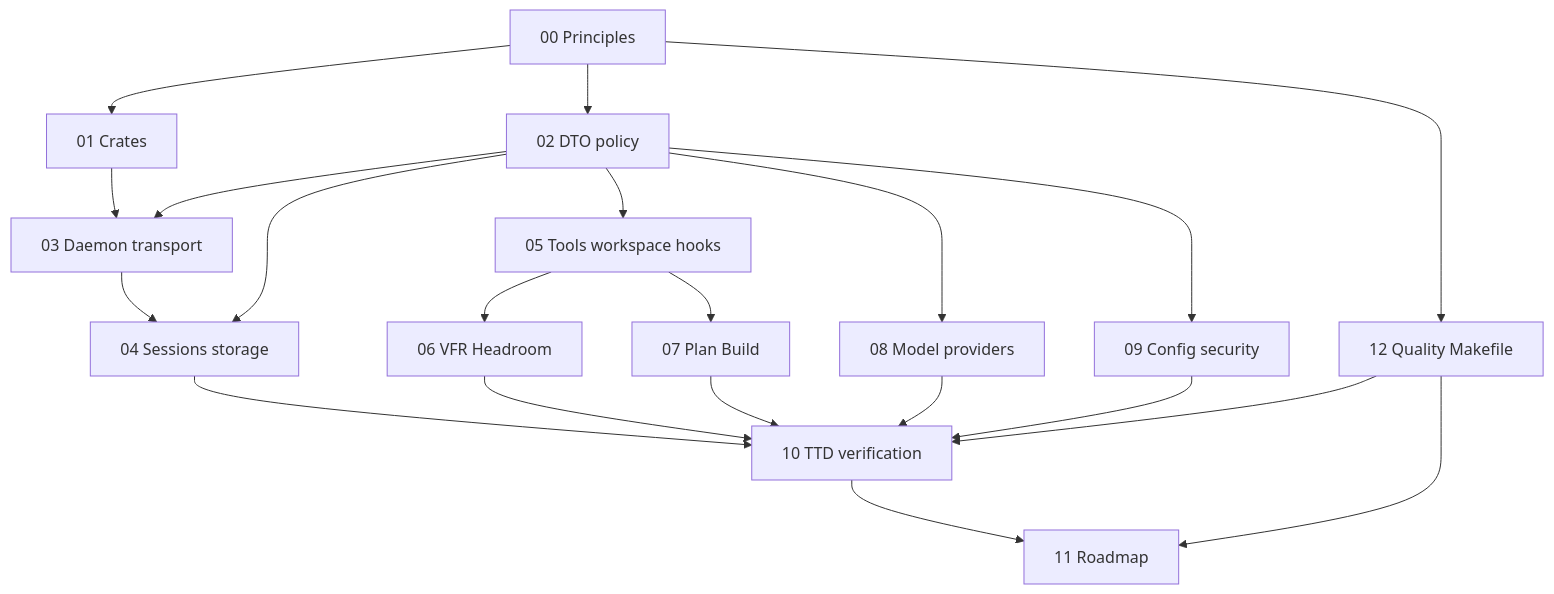
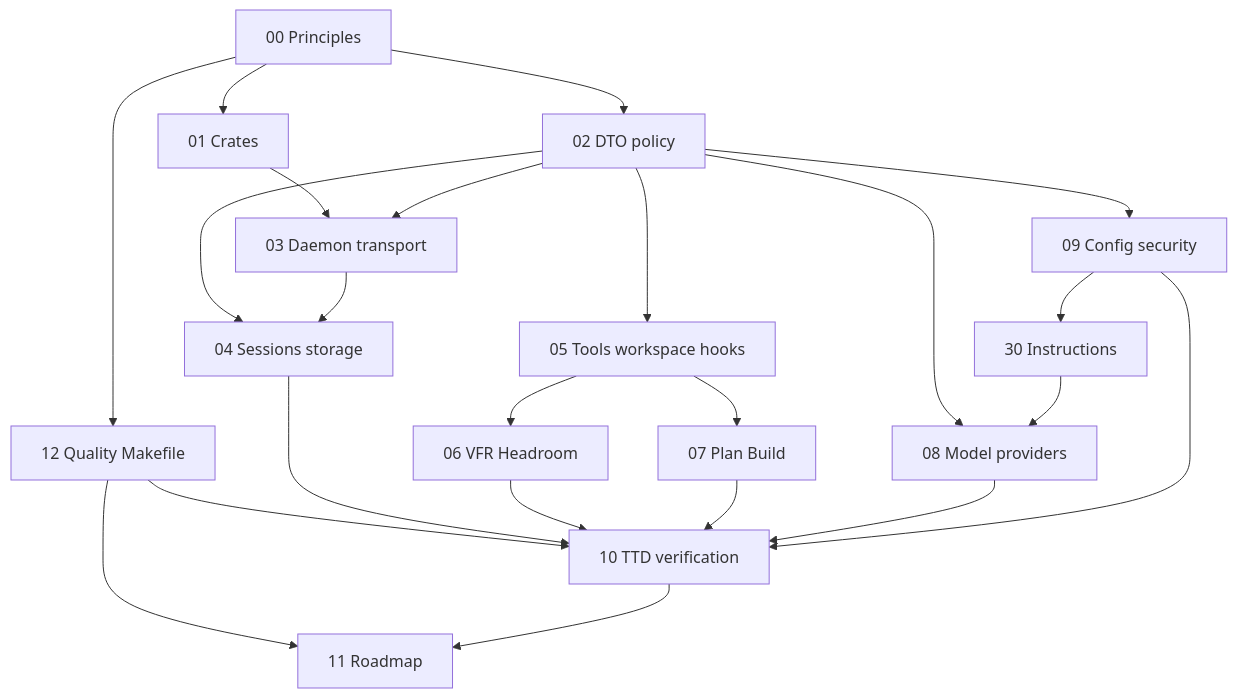
Before and after one commit to y0tsy/intention-relay: the second of 2 diagrams in docs/intention-relay/architecture/README.md, drawn with Mermaid. The commit also changed other lines of this file and 27 other files, not shown here.

First line of the commit message:
docs(architecture): specify instruction sources and system context (#40)

````diff
--- a/docs/intention-relay/architecture/README.md
+++ b/docs/intention-relay/architecture/README.md
@@ -114,23 +115,25 @@
 ```mermaid
 flowchart TD
   P[00 Principles] --> C[01 Crates]
   P --> D[02 DTO policy]
   C --> T[03 Daemon transport]
   D --> T
   D --> S[04 Sessions storage]
   T --> S
   D --> W[05 Tools workspace hooks]
   W --> V[06 VFR Headroom]
   W --> B[07 Plan Build]
   D --> M[08 Model providers]
   D --> G[09 Config security]
   P --> K[12 Quality Makefile]
   K --> Q[10 TTD verification]
   K --> R[11 Roadmap]
   S --> Q
   V --> Q
   B --> Q
   M --> Q
   G --> Q
+  G --> I30[30 Instructions]
+  I30 --> M
   Q --> R[11 Roadmap]
 ```
````
